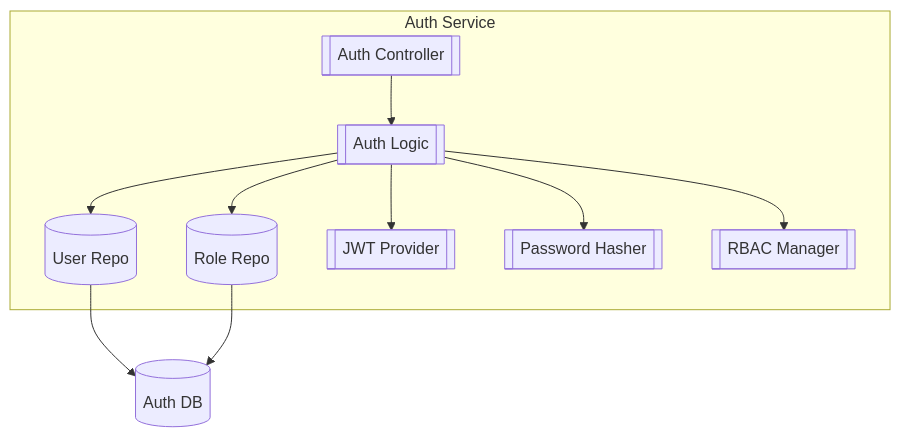
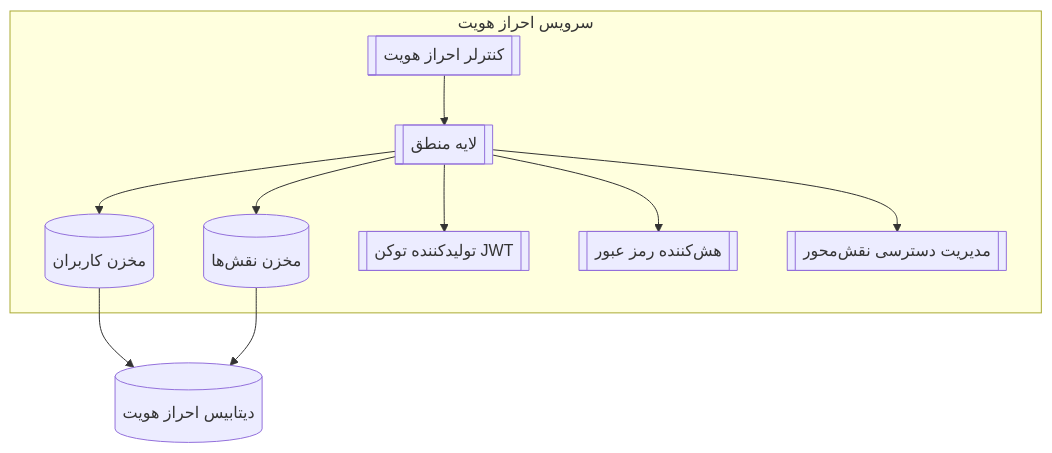
The fourth of 8 diagrams in README.md (Amir-Goli-1383/test), drawn with Mermaid before and after one commit. The commit also changed other lines of this file, not shown here.

````diff
--- a/README.md
+++ b/README.md
@@ -175,25 +146,17 @@
 ```mermaid
 flowchart TB
-
-    subgraph AuthService ["Auth Service"]
-        Controller[[Auth Controller]]
-        ServiceLayer[[Auth Logic]]
-        UserRepo[(User Repo)]
-        RoleRepo[(Role Repo)]
-        JWTProvider[[JWT Provider]]
-        PasswordHasher[[Password Hasher]]
-        RBAC[[RBAC Manager]]
+    subgraph AuthService ["سرویس احراز هویت"]
+        Controller[[کنترلر احراز هویت]]
+        ServiceLayer[[لایه منطق]]
+        UserRepo[(مخزن کاربران)]
+        RoleRepo[(مخزن نقش‌ها)]
+        JWTProvider[[تولیدکننده توکن JWT]]
+        PasswordHasher[[هش‌کننده رمز عبور]]
+        RBAC[[مدیریت دسترسی نقش‌محور]]
     end
-
-    AuthDB[(Auth DB)]
+    AuthDB[(دیتابیس احراز هویت)]
 
     Controller --> ServiceLayer
-    ServiceLayer --> UserRepo
-    ServiceLayer --> RoleRepo
-    ServiceLayer --> JWTProvider
-    ServiceLayer --> PasswordHasher
-    ServiceLayer --> RBAC
-
-    UserRepo --> AuthDB
-    RoleRepo --> AuthDB
+    ServiceLayer --> UserRepo & RoleRepo & JWTProvider & PasswordHasher & RBAC
+    UserRepo & RoleRepo --> AuthDB
 ```
````
